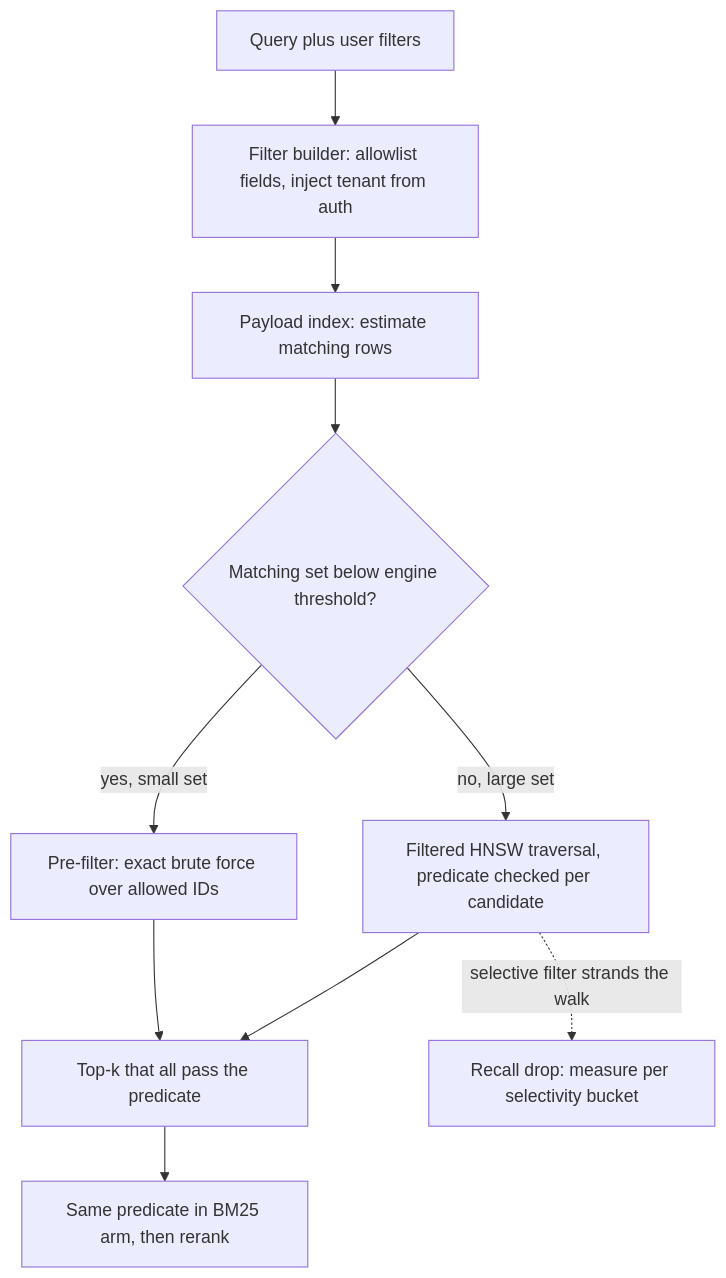
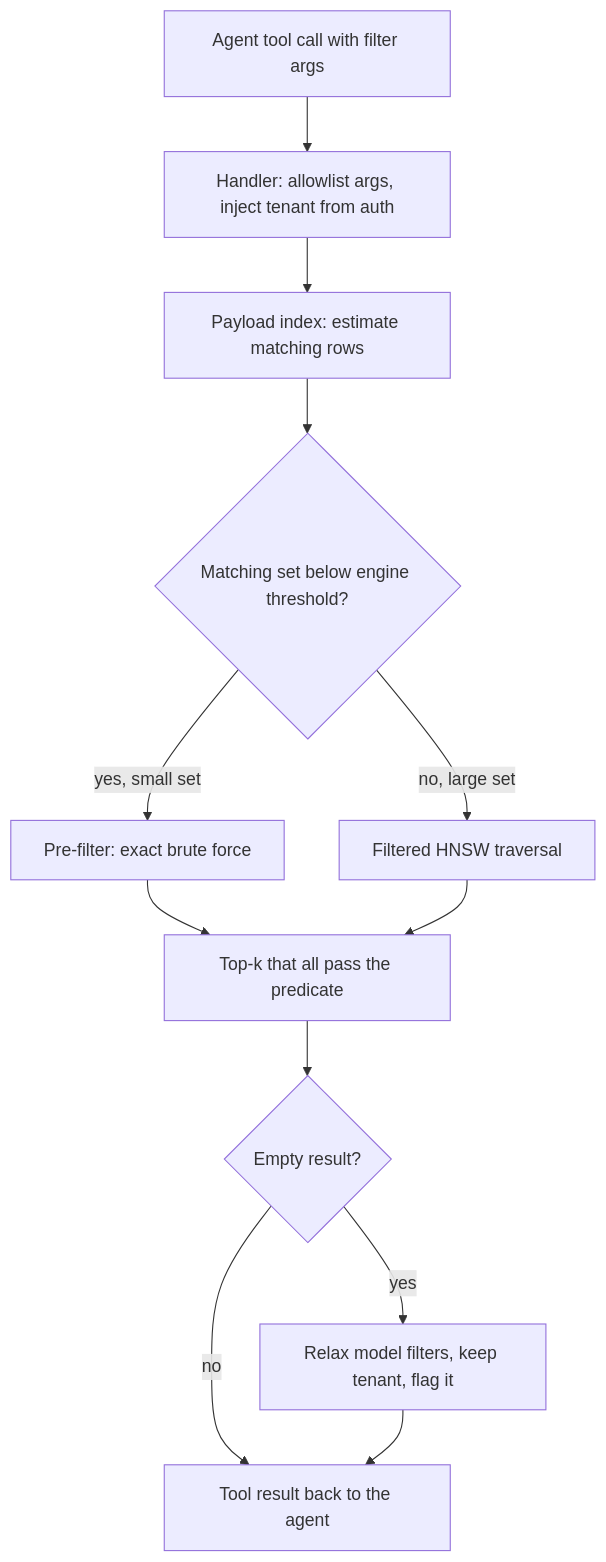
The diagram in content/rag-retrieval/metadata-filtering.md (lovishmahajan97/agentic-learning), drawn with Mermaid before and after one commit. The commit also changed other lines of this file and 266 other files, not shown here.

````diff
--- a/content/rag-retrieval/metadata-filtering.md
+++ b/content/rag-retrieval/metadata-filtering.md
@@ -159,12 +189,14 @@
 ```mermaid
 flowchart TD
-    Q["Query plus user filters"] --> B["Filter builder: allowlist fields, inject tenant from auth"]
+    A["Agent tool call with filter args"] --> B["Handler: allowlist args, inject tenant from auth"]
     B --> P["Payload index: estimate matching rows"]
     P --> S{"Matching set below engine threshold?"}
-    S -->|"yes, small set"| BF["Pre-filter: exact brute force over allowed IDs"]
-    S -->|"no, large set"| FT["Filtered HNSW traversal, predicate checked per candidate"]
+    S -->|"yes, small set"| BF["Pre-filter: exact brute force"]
+    S -->|"no, large set"| FT["Filtered HNSW traversal"]
     BF --> R["Top-k that all pass the predicate"]
     FT --> R
-    R --> H["Same predicate in BM25 arm, then rerank"]
-    FT -.->|"selective filter strands the walk"| L["Recall drop: measure per selectivity bucket"]
+    R --> E{"Empty result?"}
+    E -->|"yes"| X["Relax model filters, keep tenant, flag it"]
+    E -->|"no"| O["Tool result back to the agent"]
+    X --> O
 ```
````
